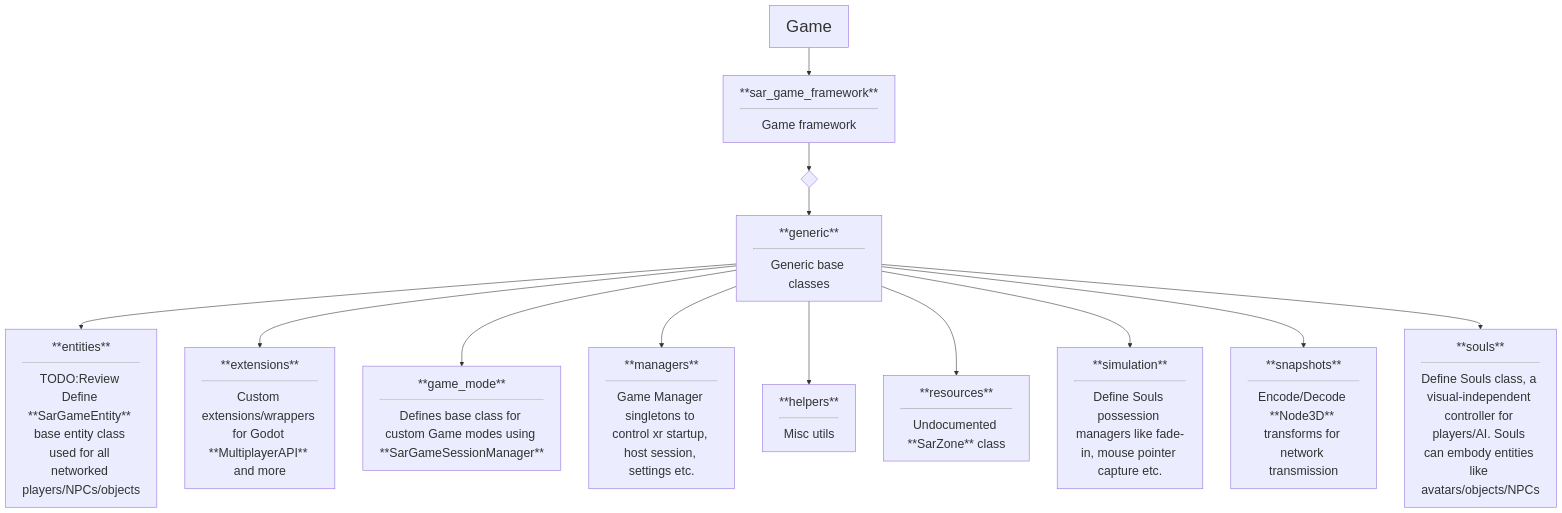
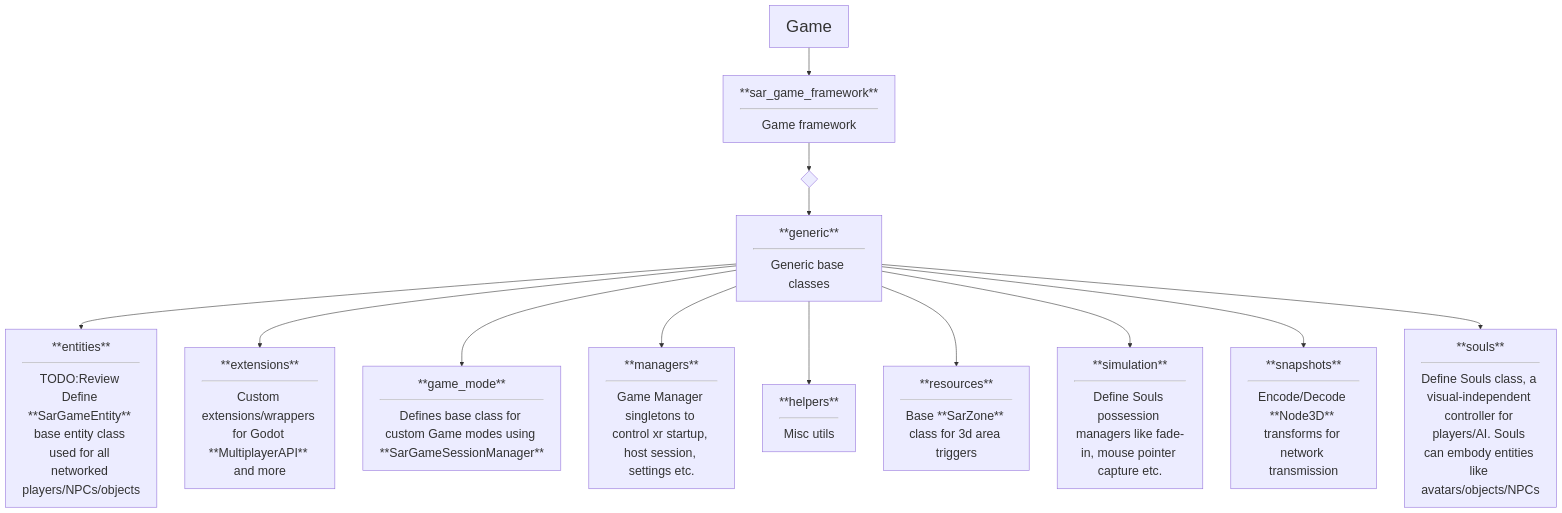
The second of 11 diagrams in CODEBASE.md (dragonhunt02/v-sekai-game), drawn with Mermaid before and after one commit. The commit also changed other lines of this file, not shown here.

````diff
--- a/CODEBASE.md
+++ b/CODEBASE.md
@@ -20,19 +20,19 @@
 ```mermaid
 
 %%{init: {'themeVariables': { 'fontSize': '22px' }}}%%
 flowchart TD
         Game --> addon11[**sar_game_framework**<hr>Game framework]
             addon11 --> ctrl1{" "}
             ctrl1 --> dir1[**generic**<hr>Generic base classes]
             dir1 --> dir2[**entities**<hr>TODO:Review Define **SarGameEntity** base entity class used for all networked players/NPCs/objects]
             dir1 --> dir3[**extensions**<hr>Custom extensions/wrappers for Godot **MultiplayerAPI** and more]
             dir1 --> dir4[**game_mode**<hr>Defines base class for custom Game modes using **SarGameSessionManager**]
             dir1 --> dir5[**managers**<hr>Game Manager singletons to control xr startup, host session, settings etc.]
             dir1 --> dir6[**helpers**<hr>Misc utils]
-            dir1 --> dir7[**resources**<hr>Undocumented **SarZone** class]
+            dir1 --> dir7[**resources**<hr>Base **SarZone** class for 3d area triggers]
             dir1 --> dir8[**simulation**<hr>Define Souls possession managers like fade-in, mouse pointer capture etc.]
             dir1 --> dir9[**snapshots**<hr>Encode/Decode **Node3D** transforms for network transmission]
             dir1 --> dir10[**souls**<hr>Define Souls class, a visual-independent controller for players/AI. Souls can embody entities like avatars/objects/NPCs]
     classDef Category font-size:30px
     class Game Category
 ```
````
